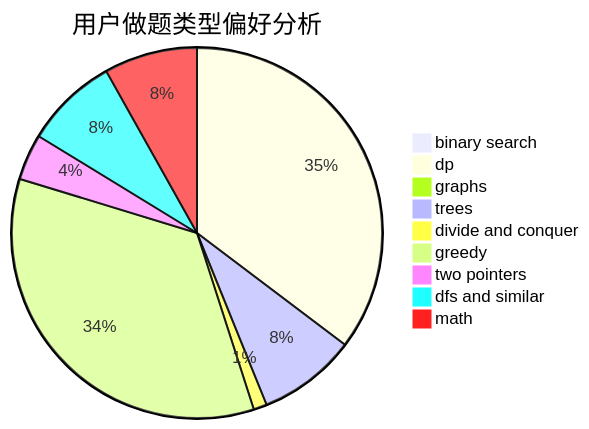
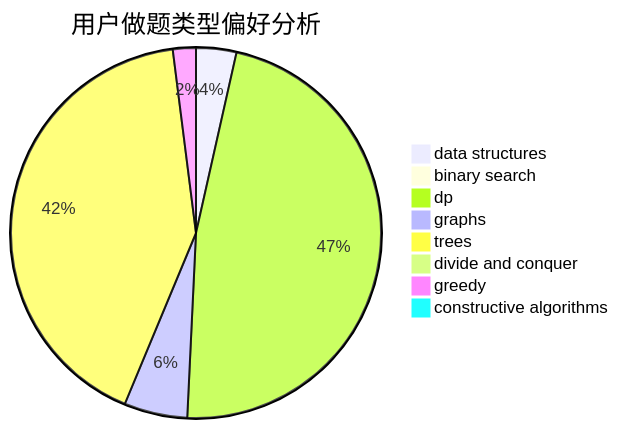
Before and after one commit to sherpahu/cfrs.github.io: the second of 3 diagrams in docs/user/u2379.md, drawn with Mermaid. The commit also changed other lines of this file and 2775 other files, not shown here.

````diff
--- a/docs/user/u2379.md
+++ b/docs/user/u2379.md
@@ -23,12 +23,11 @@
 ```mermaid
 pie title 用户做题类型偏好分析
-    "binary search" :  6
-    "dp" :  395
+    "data structures" :  7
+    "binary search" :  1
+    "dp" :  94
     "graphs" :  11
-    "trees" :  96
-    "divide and conquer" :  13
-    "greedy" :  388
-    "two pointers" :  45
-    "dfs and similar" :  91
-    "math" :  91
+    "trees" :  83
+    "divide and conquer" :  0
+    "greedy" :  4
+    "constructive algorithms" :  0
 ```
````
